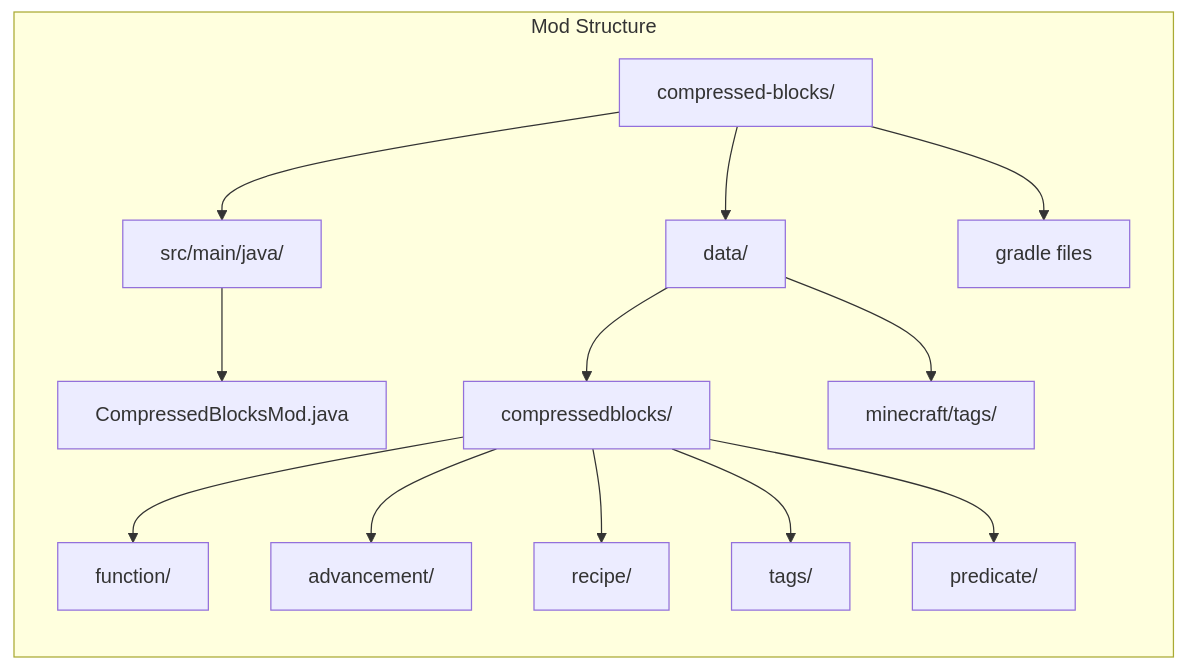
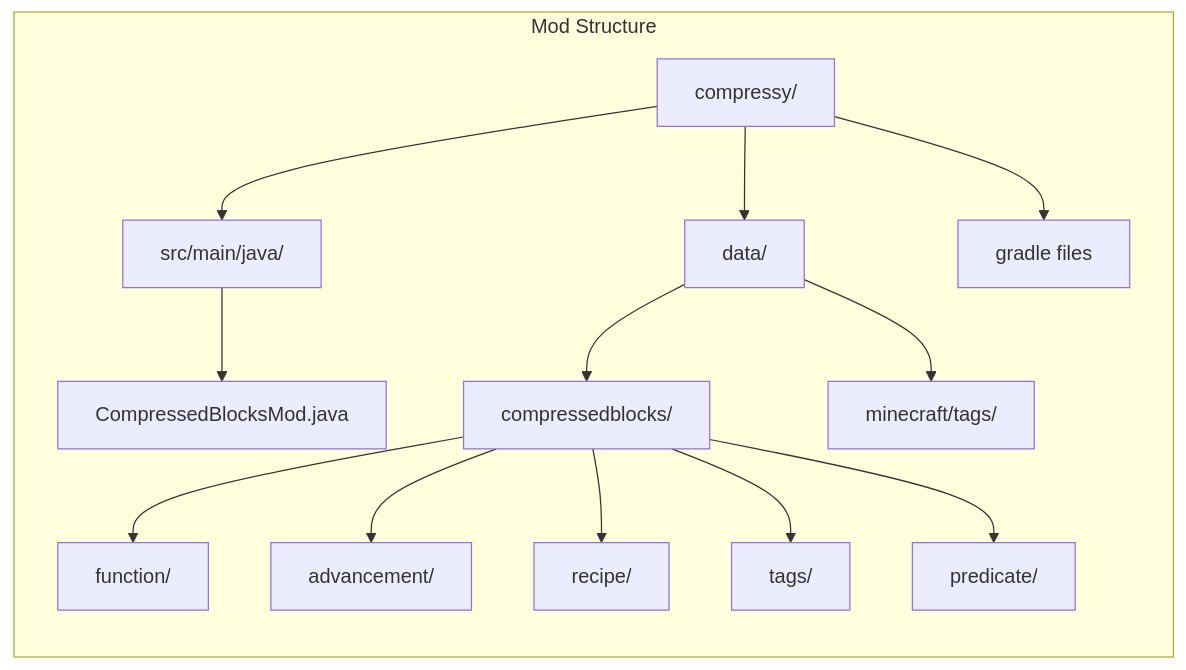
Before and after one commit to Underwood-Inc/compressy: the second of 12 diagrams in README.md, drawn with Mermaid. The commit also changed other lines of this file and 56 other files, not shown here.

Commit message:
Rename mod from Compressed Blocks to Compressy

````diff
--- a/README.md
+++ b/README.md
@@ -199,20 +199,20 @@
 ```mermaid
 graph LR
     subgraph "Mod Structure"
-        A[compressed-blocks/]
+        A[compressy/]
         A --> B[src/main/java/]
         A --> C[data/]
         A --> D[gradle files]
         
         B --> E[CompressedBlocksMod.java]
         
         C --> F[compressedblocks/]
         C --> G[minecraft/tags/]
         
         F --> H[function/]
         F --> I[advancement/]
         F --> J[recipe/]
         F --> K[tags/]
         F --> L[predicate/]
     end
 ```
````
